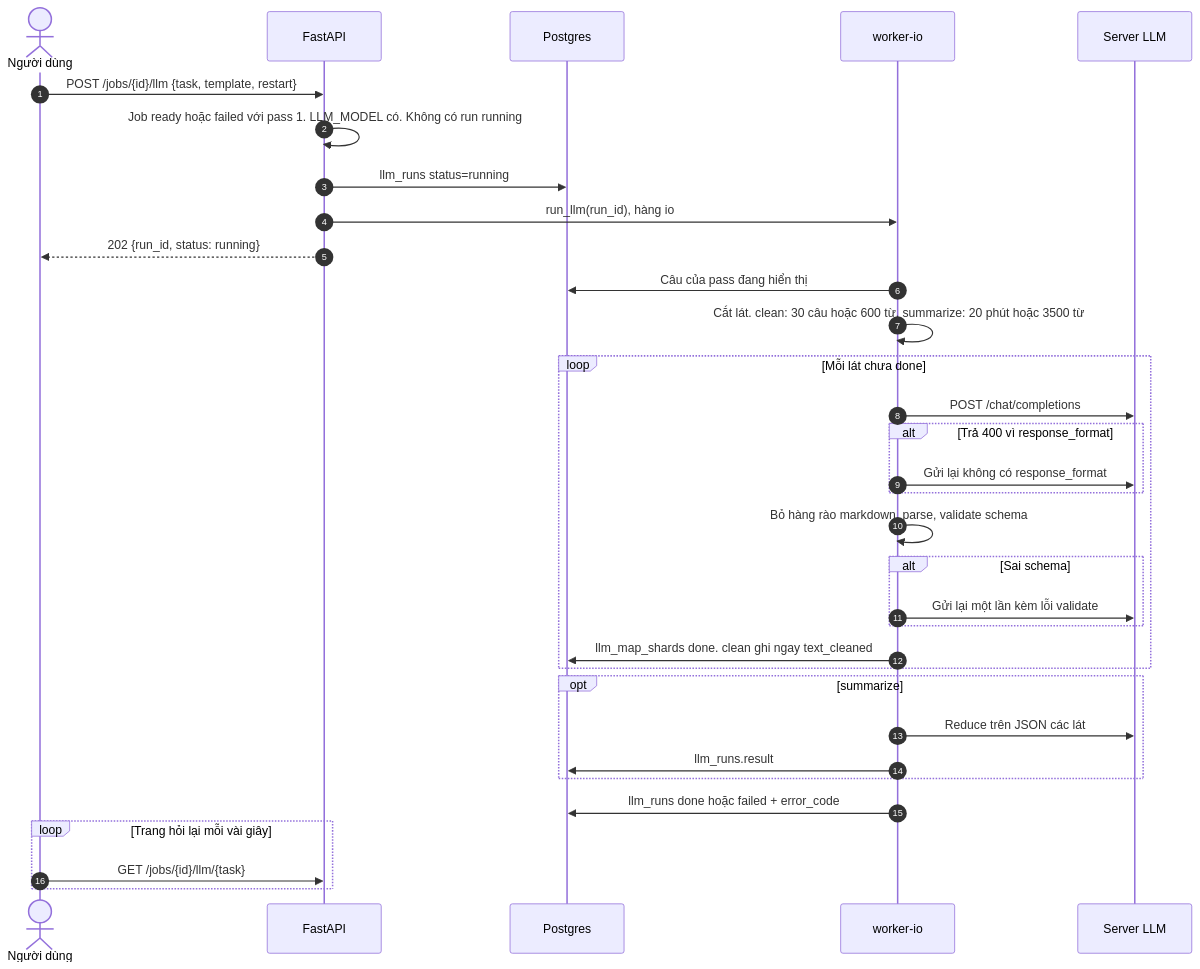
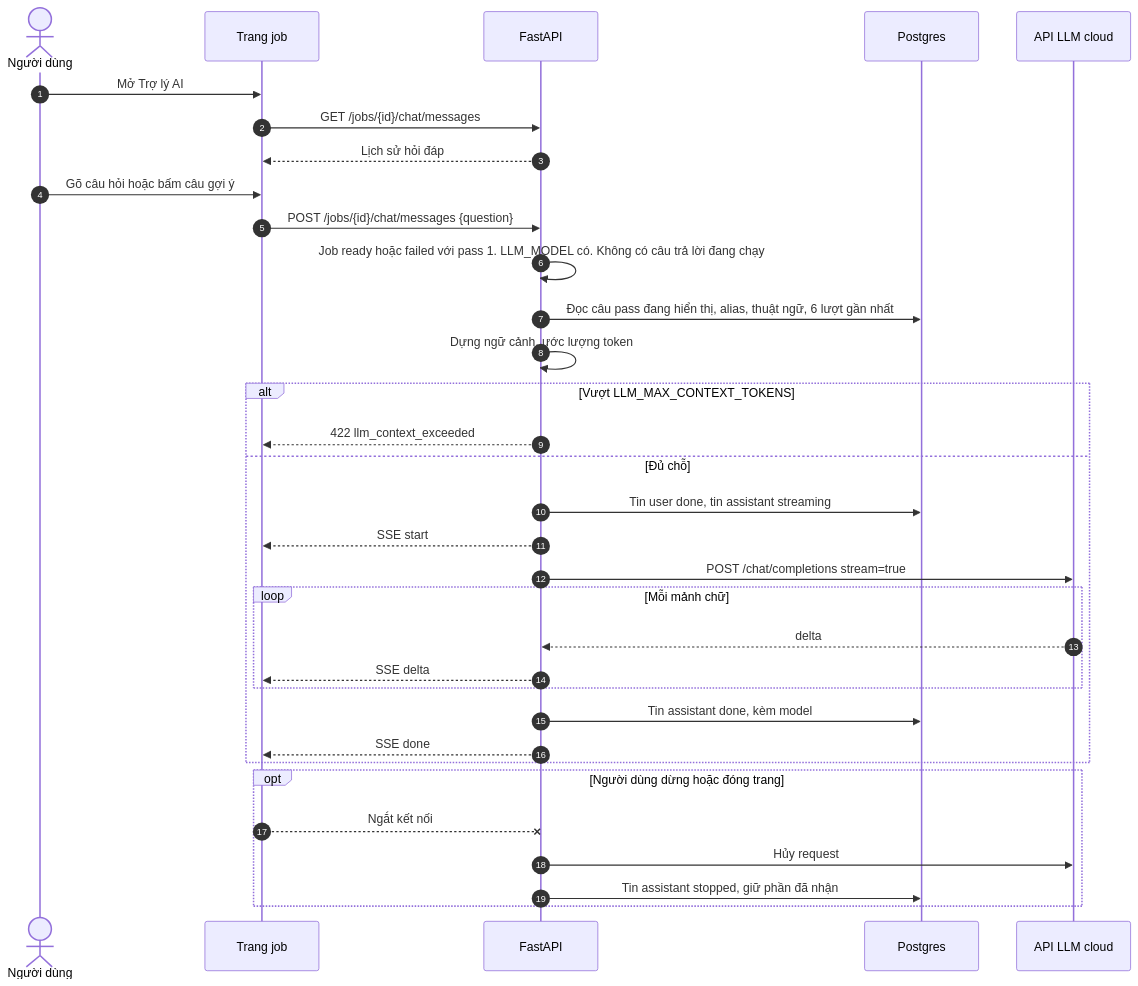
The eighth of 9 diagrams in docs/FLOWS.md (Pharos107/meeting-lecture-assistant), drawn with Mermaid before and after one commit. The commit also changed other lines of this file and 60 other files, not shown here.

First line of the commit message:
feat: khung ba vùng, trợ lý hỏi đáp bằng Gemini và gộp câu Whisper

````diff
--- a/docs/FLOWS.md
+++ b/docs/FLOWS.md
@@ -418,38 +416,37 @@
 ```mermaid
 sequenceDiagram
   autonumber
   actor U as Người dùng
+  participant FE as Trang job
   participant API as FastAPI
   participant DB as Postgres
-  participant W as worker-io
-  participant L as Server LLM
+  participant L as API LLM cloud
 
-  U->>API: POST /jobs/{id}/llm {task, template, restart}
-  API->>API: Job ready hoặc failed với pass 1. LLM_MODEL có. Không có run running
-  API->>DB: llm_runs status=running
-  API->>W: run_llm(run_id), hàng io
-  API-->>U: 202 {run_id, status: running}
+  U->>FE: Mở Trợ lý AI
+  FE->>API: GET /jobs/{id}/chat/messages
+  API-->>FE: Lịch sử hỏi đáp
+  U->>FE: Gõ câu hỏi hoặc bấm câu gợi ý
+  FE->>API: POST /jobs/{id}/chat/messages {question}
+  API->>API: Job ready hoặc failed với pass 1. LLM_MODEL có. Không có câu trả lời đang chạy
+  API->>DB: Đọc câu pass đang hiển thị, alias, thuật ngữ, 6 lượt gần nhất
+  API->>API: Dựng ngữ cảnh, ước lượng token
+  alt Vượt LLM_MAX_CONTEXT_TOKENS
+    API-->>FE: 422 llm_context_exceeded
+  else Đủ chỗ
+    API->>DB: Tin user done, tin assistant streaming
+    API-->>FE: SSE start
+    API->>L: POST /chat/completions stream=true
+    loop Mỗi mảnh chữ
+      L-->>API: delta
+      API-->>FE: SSE delta
+    end
+    API->>DB: Tin assistant done, kèm model
+    API-->>FE: SSE done
+  end
 
-  W->>DB: Câu của pass đang hiển thị
-  W->>W: Cắt lát. clean: 30 câu hoặc 600 từ. summarize: 20 phút hoặc 3500 từ
-  loop Mỗi lát chưa done
-    W->>L: POST /chat/completions
-    alt Trả 400 vì response_format
-      W->>L: Gửi lại không có response_format
-    end
-    W->>W: Bỏ hàng rào markdown, parse, validate schema
-    alt Sai schema
-      W->>L: Gửi lại một lần kèm lỗi validate
-    end
-    W->>DB: llm_map_shards done. clean ghi ngay text_cleaned
-  end
-  opt summarize
-    W->>L: Reduce trên JSON các lát
-    W->>DB: llm_runs.result
-  end
-  W->>DB: llm_runs done hoặc failed + error_code
-
-  loop Trang hỏi lại mỗi vài giây
-    U->>API: GET /jobs/{id}/llm/{task}
+  opt Người dùng dừng hoặc đóng trang
+    FE--xAPI: Ngắt kết nối
+    API->>L: Hủy request
+    API->>DB: Tin assistant stopped, giữ phần đã nhận
   end
 ```
````
